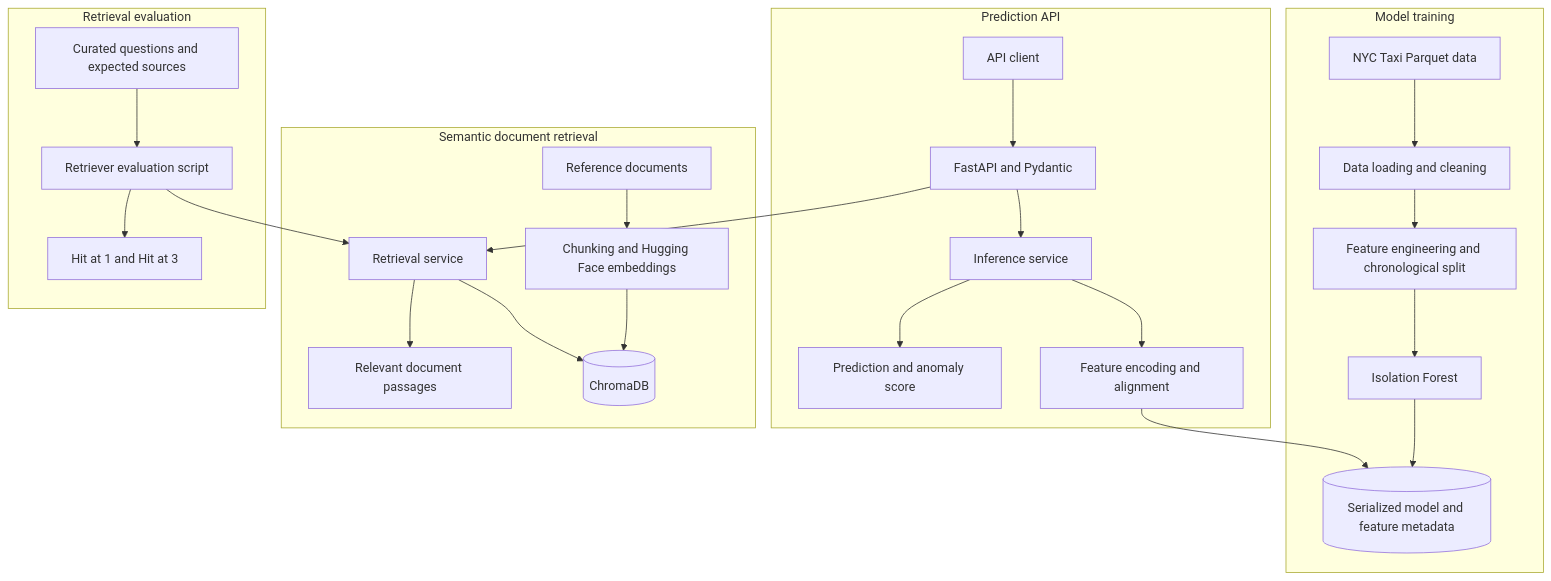
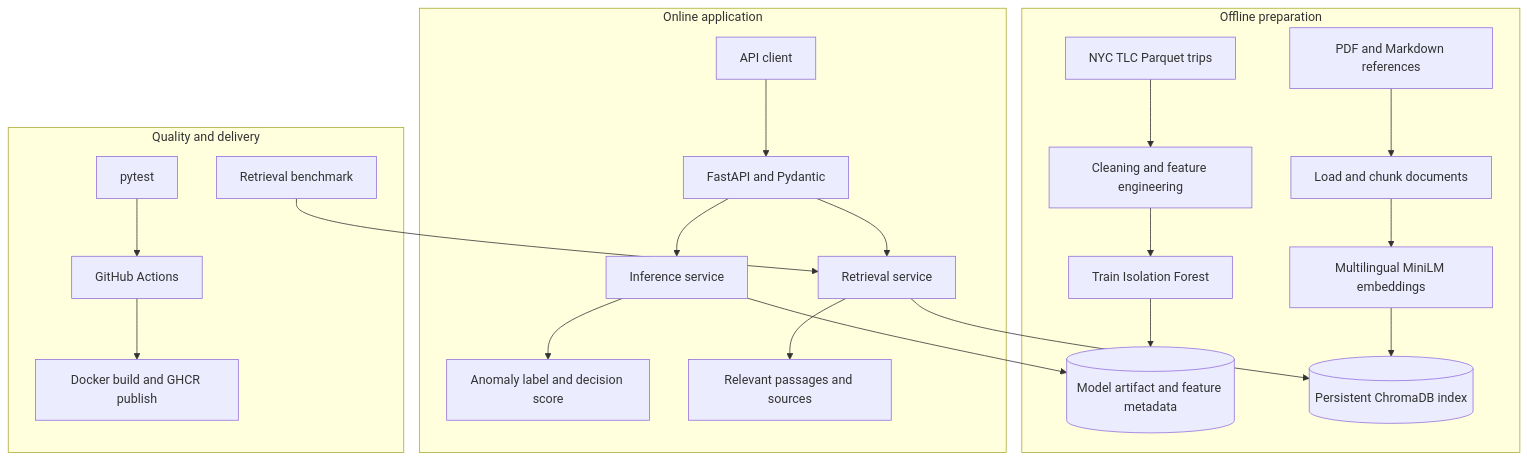
Before and after one commit to HAIBALLA1/FareAudit-ai: the first of 5 diagrams in README.md, drawn with Mermaid. The commit also changed other lines of this file and 15 other files, not shown here.

````diff
--- a/README.md
+++ b/README.md
@@ -38,31 +41,25 @@
 ```mermaid
-flowchart TD
-    subgraph Training[Model training]
-        A[NYC Taxi Parquet data] --> B[Data loading and cleaning]
-        B --> C[Feature engineering and chronological split]
-        C --> D[Isolation Forest]
-        D --> E[(Serialized model and feature metadata)]
+flowchart TB
+    subgraph Offline[Offline preparation]
+        P[NYC TLC Parquet trips] --> D[Cleaning and feature engineering]
+        D --> T[Train Isolation Forest]
+        T --> A[(Model artifact and feature metadata)]
+        K[PDF and Markdown references] --> S[Load and chunk documents]
+        S --> E[Multilingual MiniLM embeddings]
+        E --> V[(Persistent ChromaDB index)]
     end
-
-    subgraph Serving[Prediction API]
-        F[API client] --> G[FastAPI and Pydantic]
-        G --> H[Inference service]
-        H --> I[Feature encoding and alignment]
-        I --> E
-        H --> J[Prediction and anomaly score]
+    subgraph Online[Online application]
+        U[API client] --> F[FastAPI and Pydantic]
+        F --> I[Inference service]
+        I --> A
+        I --> O[Anomaly label and decision score]
+        F --> R[Retrieval service]
+        R --> V
+        R --> X[Relevant passages and sources]
     end
-
-    subgraph Retrieval[Semantic document retrieval]
-        K[Reference documents] --> L[Chunking and Hugging Face embeddings]
-        L --> M[(ChromaDB)]
-        G --> N[Retrieval service]
-        N --> M
-        N --> O[Relevant document passages]
-    end
-
-    subgraph Evaluation[Retrieval evaluation]
-        P[Curated questions and expected sources] --> Q[Retriever evaluation script]
-        Q --> N
-        Q --> R[Hit at 1 and Hit at 3]
+    subgraph Quality[Quality and delivery]
+        Q[pytest] --> CI[GitHub Actions]
+        CI --> C[Docker build and GHCR publish]
+        B[Retrieval benchmark] --> R
     end
 ```
````
